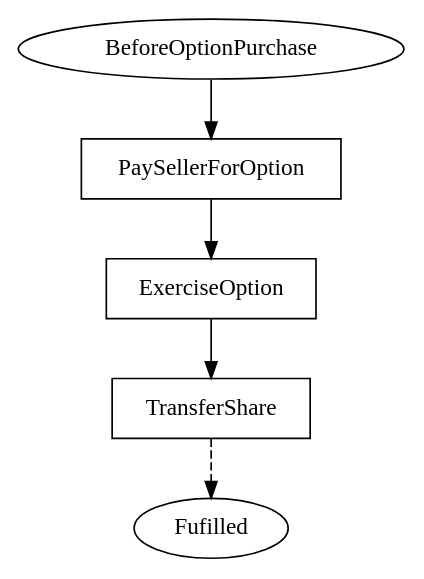
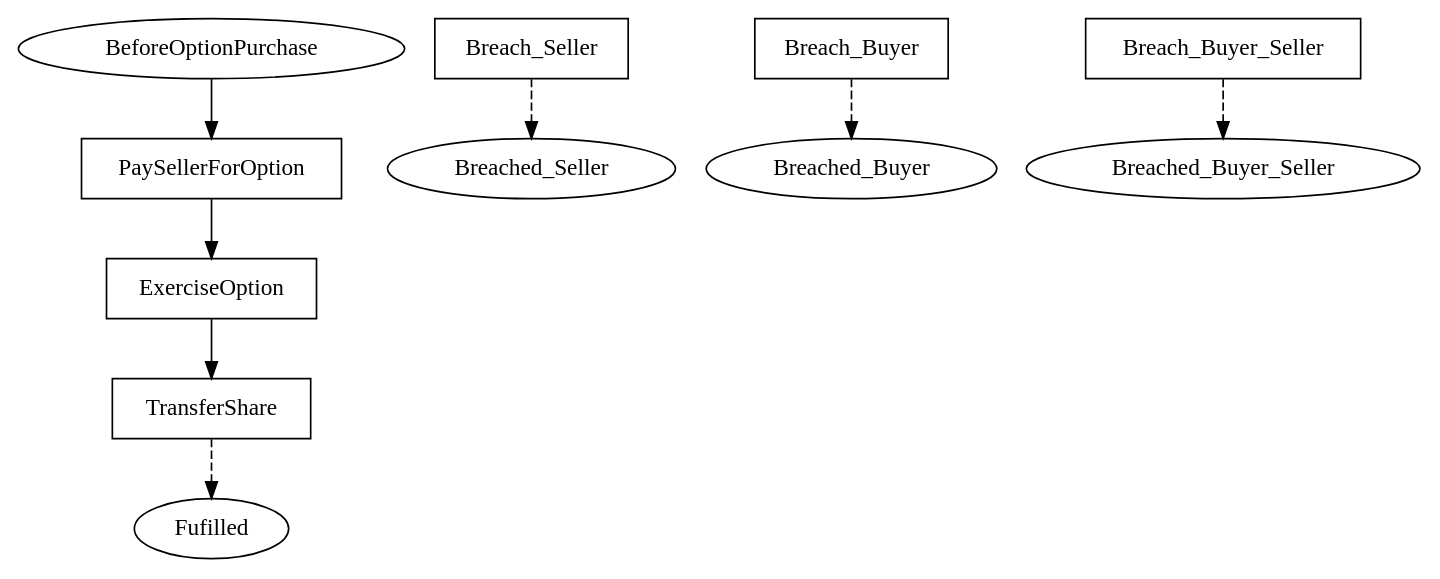
Before and after one commit to Marcao02/complaw-deeptech: the diagram in linear_state_machine_language/pyL4/examples/out_graphviz/from_academic_lit/Farmer_american_call_option_2016.dot, drawn with Graphviz. The commit also changed 37 other files, not shown here.

Commit message:
remove old generated SAFE files. regen graphviz output.

```diff
--- a/linear_state_machine_language/pyL4/examples/out_graphviz/from_academic_lit/Farmer_american_call_option_2016.dot
+++ b/linear_state_machine_language/pyL4/examples/out_graphviz/from_academic_lit/Farmer_american_call_option_2016.dot
@@ -1,22 +1,31 @@
 // THIS IS A GENERATED FILE. DO NOT EDIT.
 
 digraph Farmer_American_call_option_from_A_Formal_Language_for_Writing_Contracts_2016 {    
     Fulfilled[label=Fufilled];
-    BeforeOptionPurchase[label=BeforeOptionPurchase]
+    BeforeOptionPurchase[label=BeforeOptionPurchase];
+	Breached_Seller[label=Breached_Seller];
+	Breached_Buyer[label=Breached_Buyer];
+	Breached_Buyer_Seller[label=Breached_Buyer_Seller]
     
      
     PaySellerForOption[label=PaySellerForOption,shape=box];
 	ExerciseOption[label=ExerciseOption,shape=box];
-	TransferShare[label=TransferShare,shape=box]    
+	TransferShare[label=TransferShare,shape=box];
+	Breach_Seller[label=Breach_Seller,shape=box];
+	Breach_Buyer[label=Breach_Buyer,shape=box];
+	Breach_Buyer_Seller[label=Breach_Buyer_Seller,shape=box]    
     
     
     
     BeforeOptionPurchase -> PaySellerForOption;
 	PaySellerForOption -> ExerciseOption;
 	ExerciseOption -> TransferShare
     
     TransferShare -> Fulfilled [style=dashed];
+	Breach_Seller -> Breached_Seller [style=dashed];
+	Breach_Buyer -> Breached_Buyer [style=dashed];
+	Breach_Buyer_Seller -> Breached_Buyer_Seller [style=dashed];
 	     
     
        
 }
```
